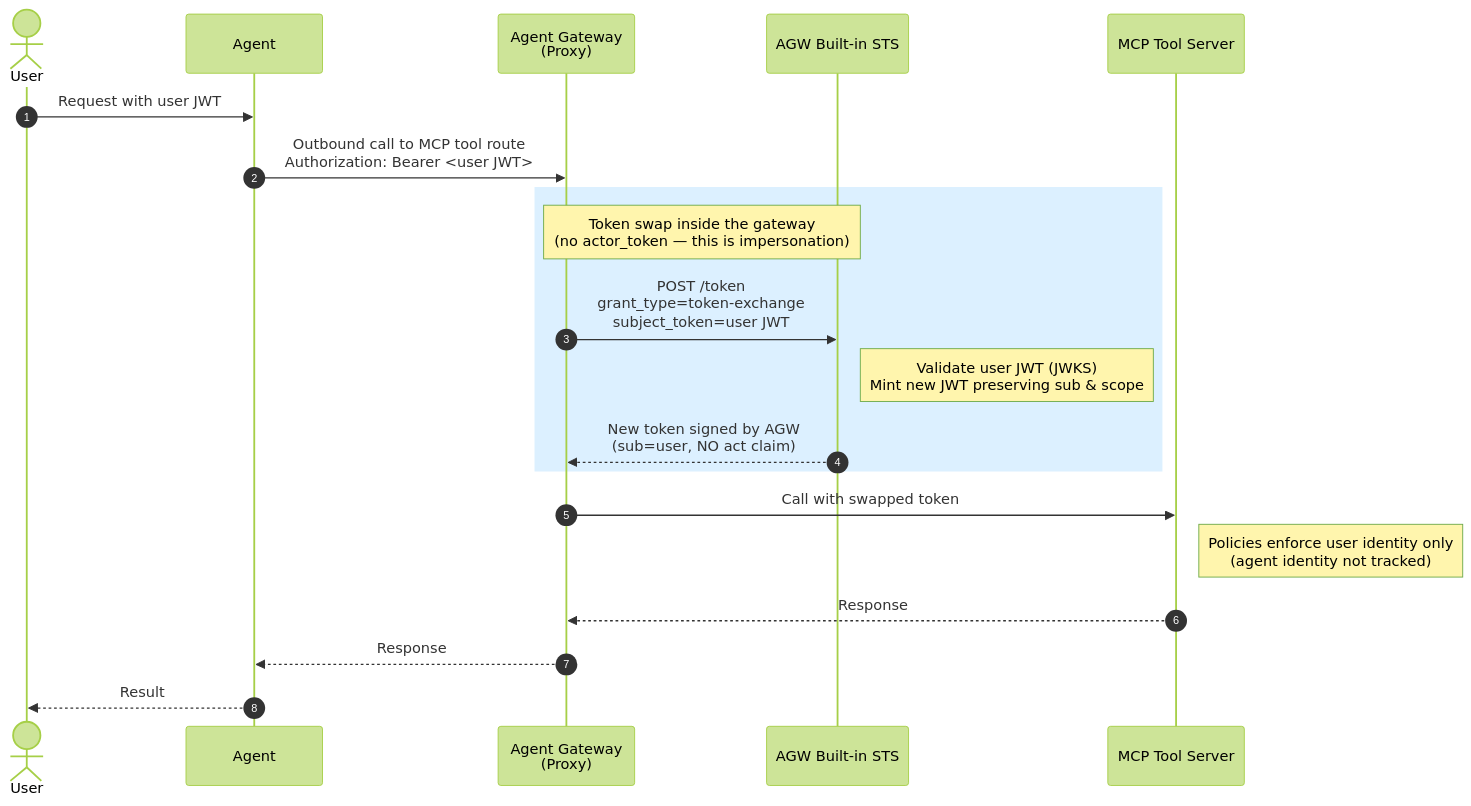
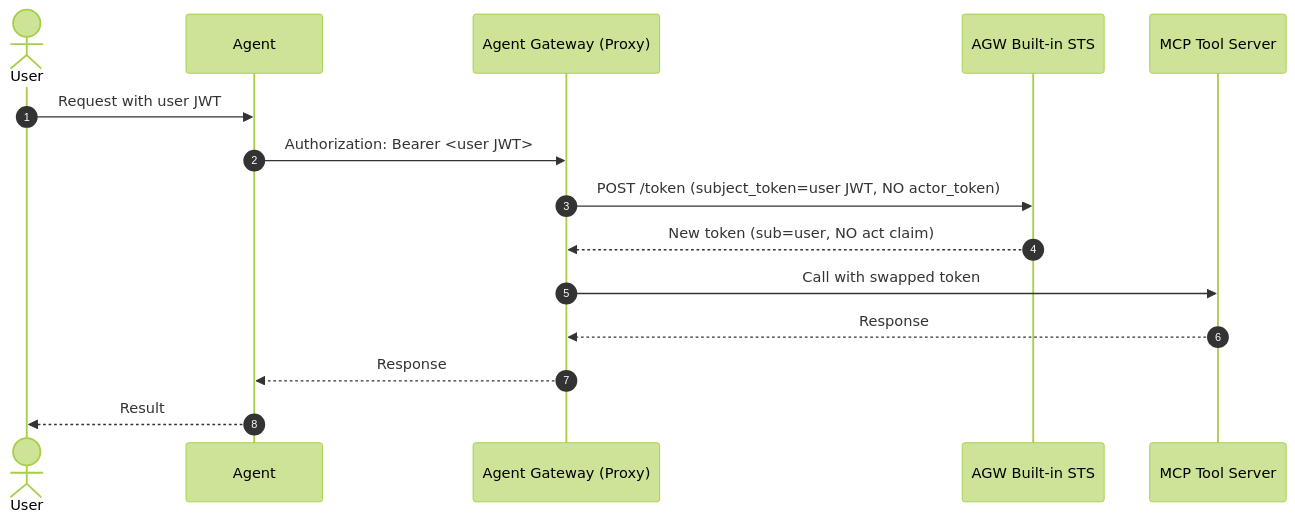
Before and after one commit to rvennam/agentgateway-auth-patterns: the second of 2 diagrams in README.md, drawn with Mermaid (forest theme). The commit also changed other lines of this file, not shown here.

Commit message:
Simplify OBO Mermaid diagrams: drop colored rect backgrounds, shorter arrow labels

````diff
--- a/README.md
+++ b/README.md
@@ -975,25 +969,18 @@
 ```mermaid
 sequenceDiagram
     autonumber
     actor User
-    participant Agent as Agent
-    participant GW as Agent Gateway<br/>(Proxy)
+    participant Agent
+    participant GW as Agent Gateway (Proxy)
     participant STS as AGW Built-in STS
     participant Tool as MCP Tool Server
 
     User->>Agent: Request with user JWT
-    Agent->>GW: Outbound call to MCP tool route<br/>Authorization: Bearer <user JWT>
-
-    rect rgb(220, 240, 255)
-    Note over GW, STS: Token swap inside the gateway<br/>(no actor_token — this is impersonation)
-    GW->>STS: POST /token<br/>grant_type=token-exchange<br/>subject_token=user JWT
-    Note right of STS: Validate user JWT (JWKS)<br/>Mint new JWT preserving sub & scope
-    STS-->>GW: New token signed by AGW<br/>(sub=user, NO act claim)
-    end
-
+    Agent->>GW: Authorization: Bearer <user JWT>
+    GW->>STS: POST /token (subject_token=user JWT, NO actor_token)
+    STS-->>GW: New token (sub=user, NO act claim)
     GW->>Tool: Call with swapped token
-    Note right of Tool: Policies enforce user identity only<br/>(agent identity not tracked)
     Tool-->>GW: Response
     GW-->>Agent: Response
     Agent-->>User: Result
 ```
````
